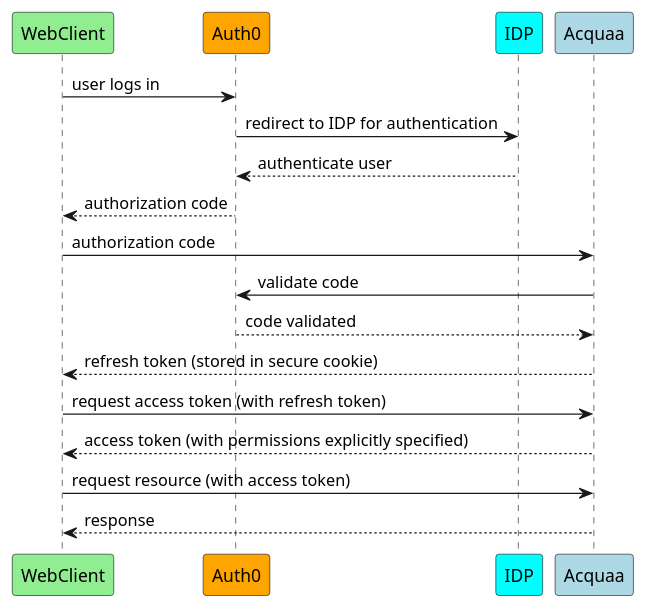
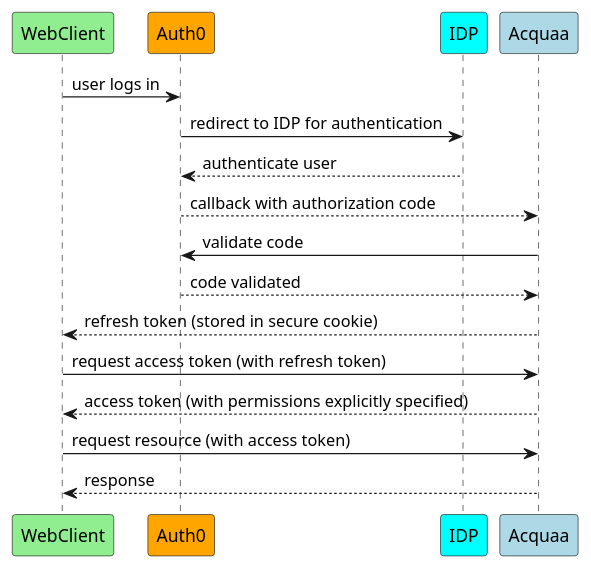
Before and after one commit to acquaa-org/wiki: the diagram in diagrams/auth/login.puml, drawn with PlantUML. The commit also changed 1 other file, not shown here.

```diff
--- a/diagrams/auth/login.puml
+++ b/diagrams/auth/login.puml
@@ -1,23 +1,22 @@
 @startuml Login
 participant WebClient #lightgreen
 participant Auth0 #orange
 participant IDP #cyan
 participant Acquaa #lightblue
 
 WebClient -> Auth0 : user logs in
 Auth0 -> IDP : redirect to IDP for authentication
 IDP --> Auth0 : authenticate user
-Auth0 --> WebClient : authorization code
-WebClient -> Acquaa : authorization code
-
+Auth0 --> Acquaa : callback with authorization code
 Acquaa -> Auth0 : validate code
 Auth0 --> Acquaa : code validated
+
 Acquaa --> WebClient : refresh token (stored in secure cookie)
 
 WebClient -> Acquaa : request access token (with refresh token)
 Acquaa --> WebClient : access token (with permissions explicitly specified)
 
 WebClient -> Acquaa : request resource (with access token)
 Acquaa --> WebClient : response
 
 @enduml
```
